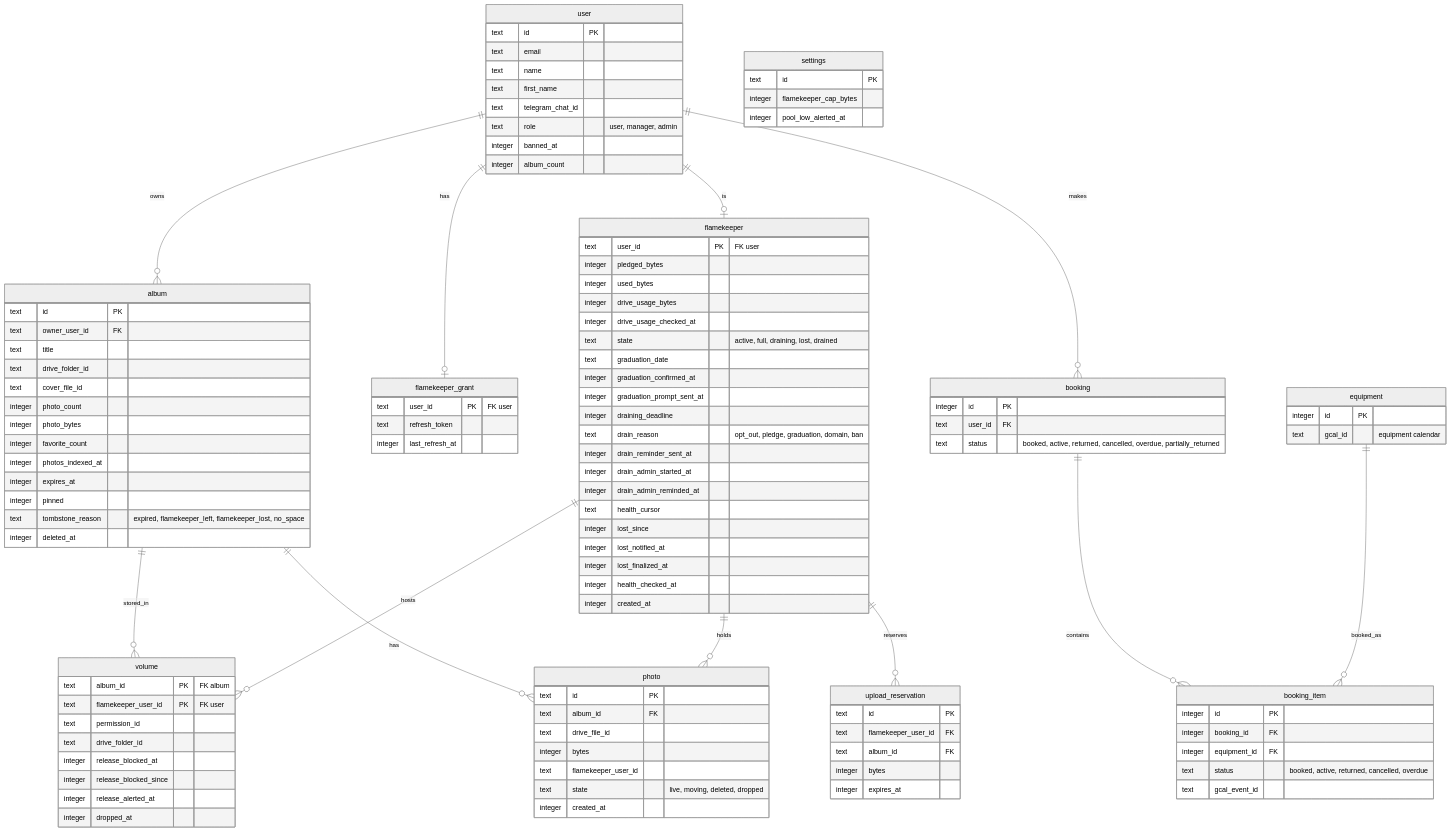
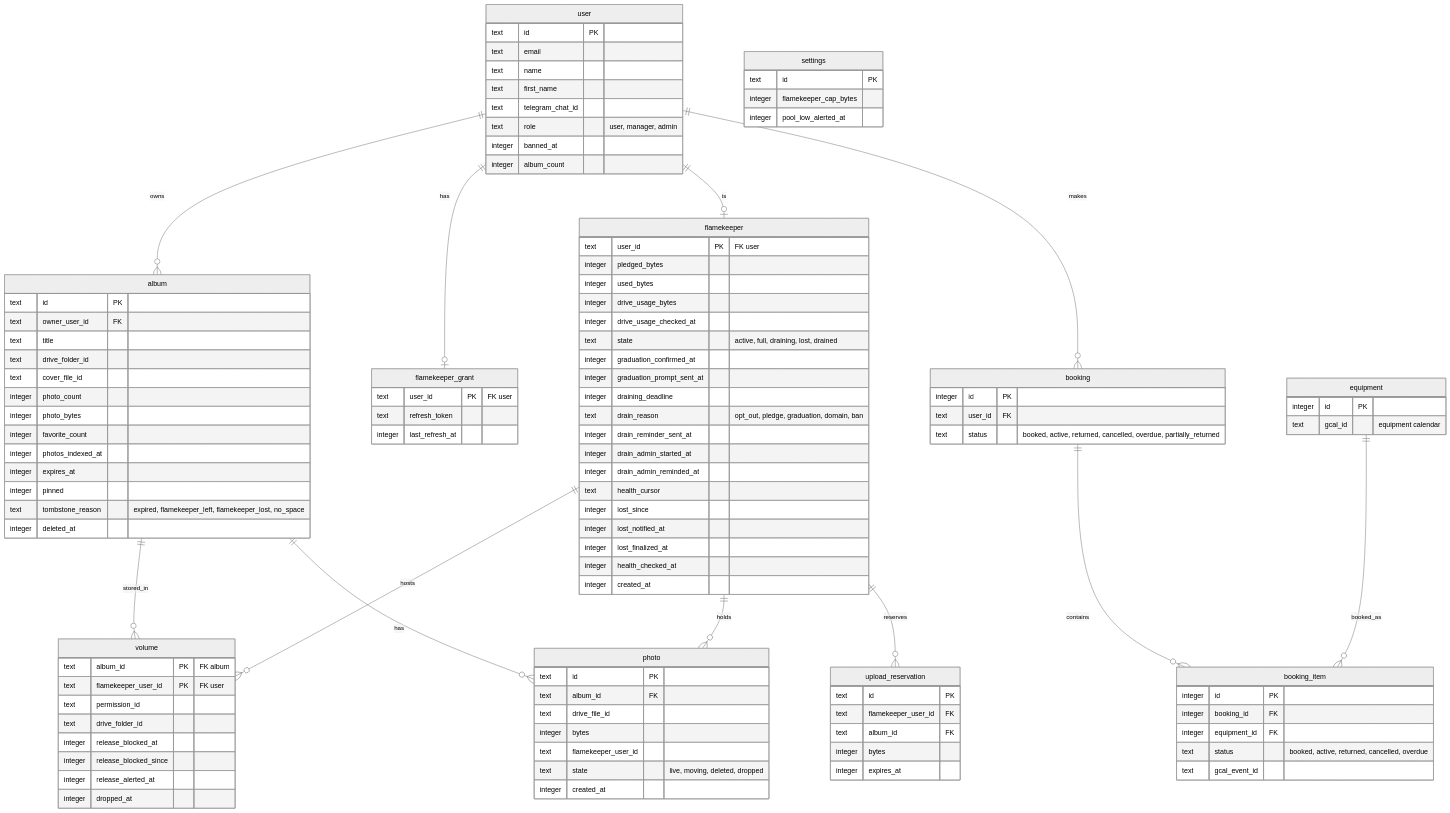
The diagram in docs/scenarios/cron/flamekeepers/erd.md (sagyzdop/meriksirat), drawn with Mermaid (neutral theme) before and after one commit. The commit also changed 38 other files, not shown here.

First line of the commit message:
feat(graduation): one graduation date on the user

```diff
--- a/docs/scenarios/cron/flamekeepers/erd.md
+++ b/docs/scenarios/cron/flamekeepers/erd.md
@@ -49,7 +49,6 @@
         integer drive_usage_bytes
         integer drive_usage_checked_at
         text state "active, full, draining, lost, drained"
-        text graduation_date
         integer graduation_confirmed_at
         integer graduation_prompt_sent_at
         integer draining_deadline
```
